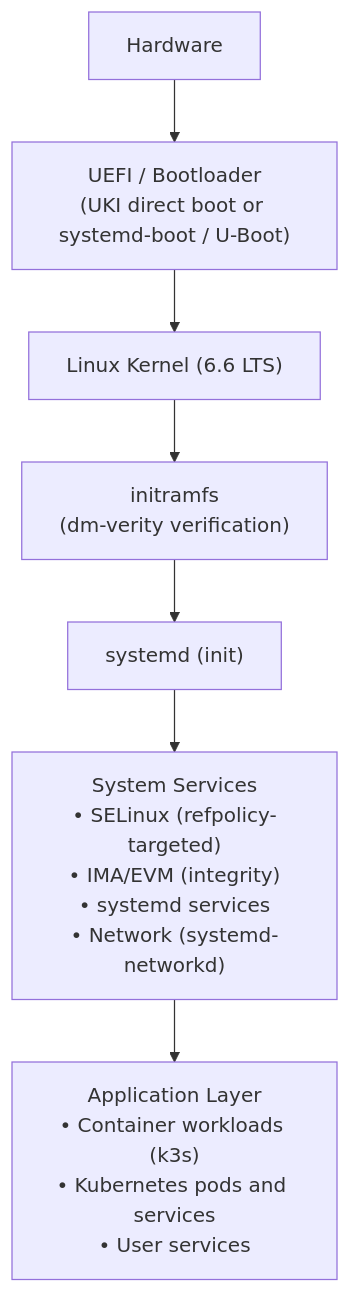
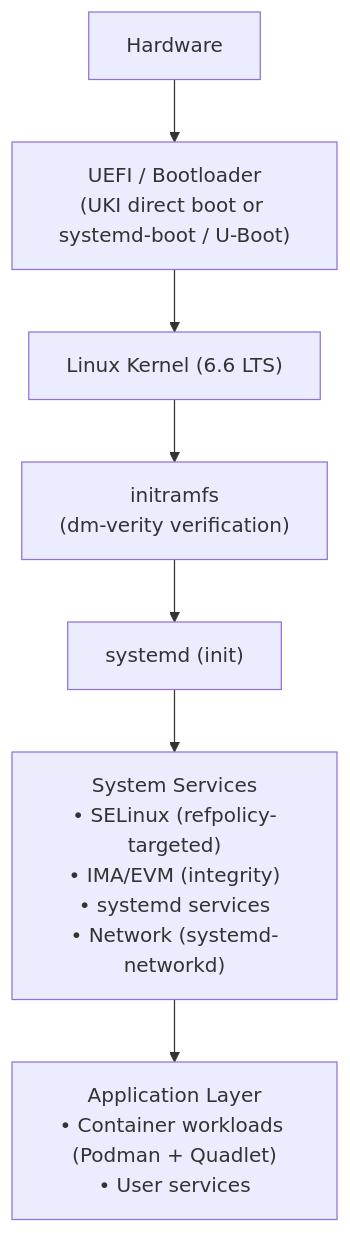
The fourth of 8 diagrams in docs/ARCHITECTURE.md (LamaGrid/lamadist), drawn with Mermaid before and after one commit. The commit also changed other lines of this file and 3 other files, not shown here.

````diff
--- a/docs/ARCHITECTURE.md
+++ b/docs/ARCHITECTURE.md
@@ -443,9 +434,9 @@
 ```mermaid
 flowchart TD
     hw["Hardware"] --> uefi["UEFI / Bootloader\n(UKI direct boot or systemd-boot / U-Boot)"]
     uefi --> kernel["Linux Kernel (6.6 LTS)"]
     kernel --> initramfs["initramfs\n(dm-verity verification)"]
     initramfs --> systemd["systemd (init)"]
     systemd --> syssvcs["System Services\n• SELinux (refpolicy-targeted)\n• IMA/EVM (integrity)\n• systemd services\n• Network (systemd-networkd)"]
-    syssvcs --> appsvcs["Application Layer\n• Container workloads (k3s)\n• Kubernetes pods and services\n• User services"]
+    syssvcs --> appsvcs["Application Layer\n• Container workloads (Podman + Quadlet)\n• User services"]
 ```
````
